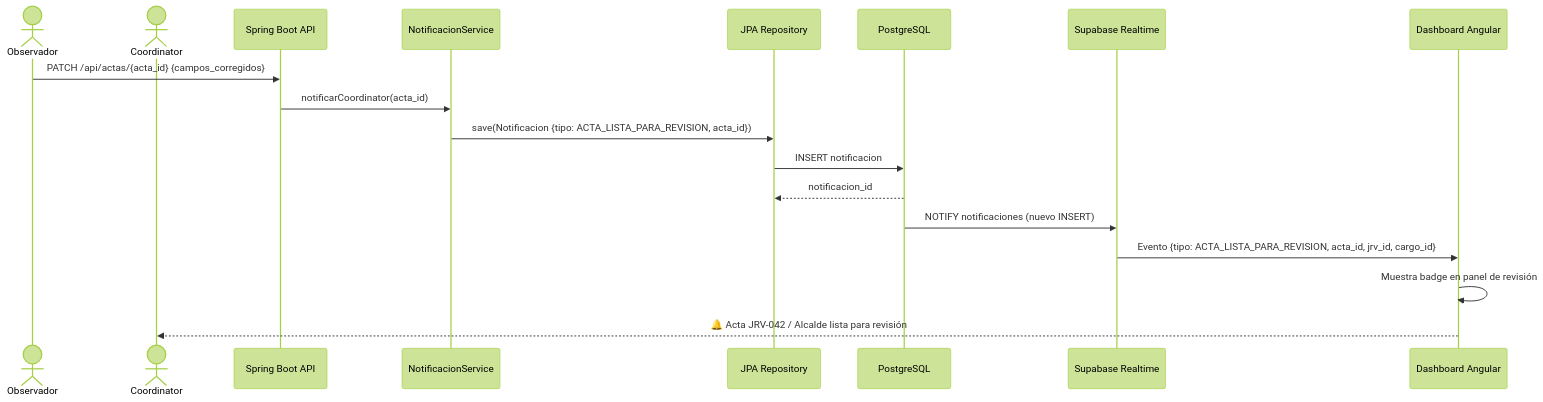
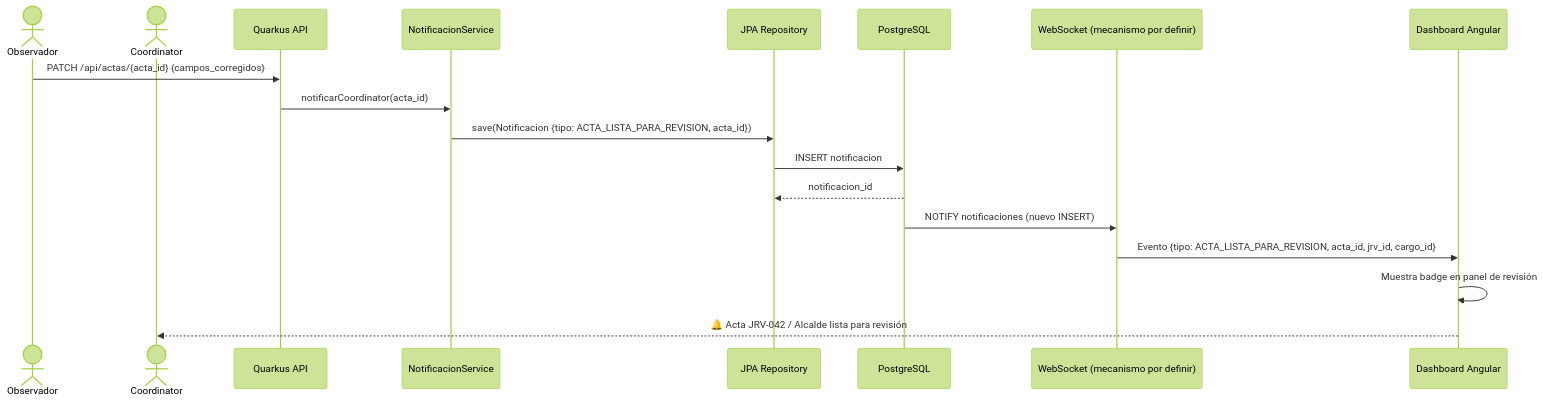
The second of 4 diagrams in documents/diagram/secuencias/14-notificaciones.md (Brydyan/Control-s-Elector), drawn with Mermaid (forest theme) before and after one commit. The commit also changed other lines of this file and 46 other files, not shown here.

````diff
--- a/documents/diagram/secuencias/14-notificaciones.md
+++ b/documents/diagram/secuencias/14-notificaciones.md
@@ -50,23 +50,23 @@
 ```mermaid
 sequenceDiagram
     actor OBS as Observador
     actor COORD as Coordinator
-    participant API as Spring Boot API
+    participant API as Quarkus API
     participant NOTIF as NotificacionService
     participant JPA as JPA Repository
     participant PG as PostgreSQL
-    participant WS as Supabase Realtime
+    participant WS as WebSocket (mecanismo por definir)
     participant DASH as Dashboard Angular
 
     OBS->>API: PATCH /api/actas/{acta_id} {campos_corregidos}
     API->>NOTIF: notificarCoordinator(acta_id)
 
     NOTIF->>JPA: save(Notificacion {tipo: ACTA_LISTA_PARA_REVISION, acta_id})
     JPA->>PG: INSERT notificacion
     PG-->>JPA: notificacion_id
     PG->>WS: NOTIFY notificaciones (nuevo INSERT)
 
     WS->>DASH: Evento {tipo: ACTA_LISTA_PARA_REVISION, acta_id, jrv_id, cargo_id}
     DASH->>DASH: Muestra badge en panel de revisión
     DASH-->>COORD: 🔔 Acta JRV-042 / Alcalde lista para revisión
 ```
````
